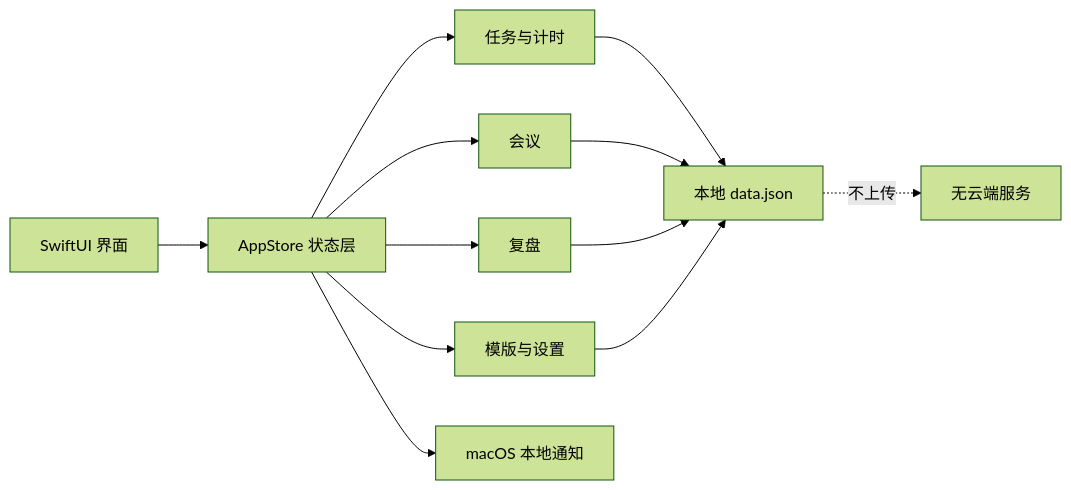
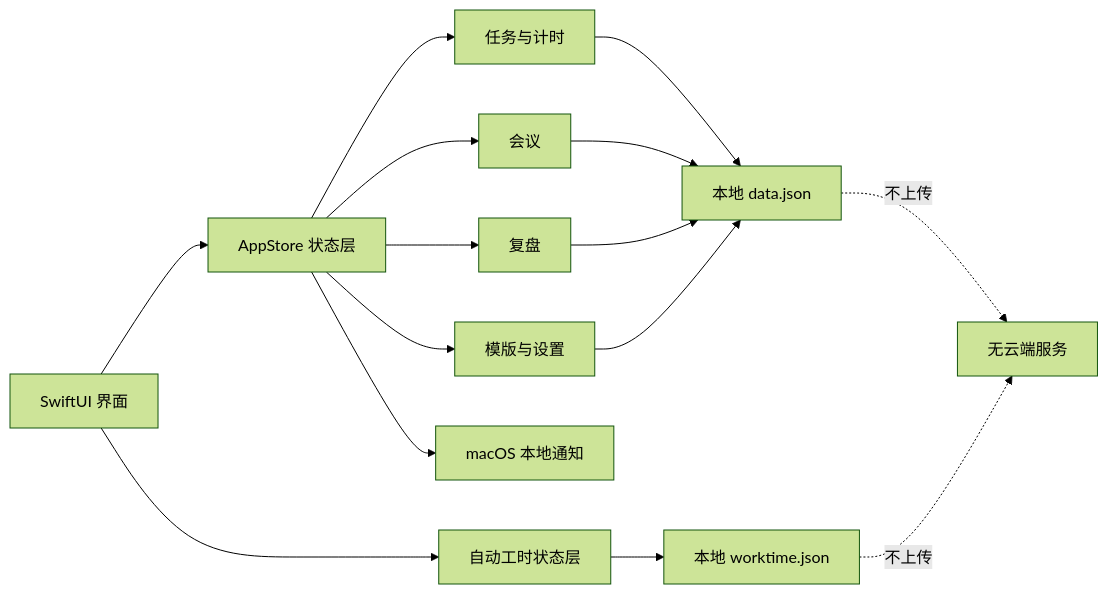
The sixth of 6 diagrams in PRODUCT_SPEC.md (caoaolei/One-Day), drawn with Mermaid (forest theme) before and after one commit. The commit also changed other lines of this file and 17 other files, not shown here.

````diff
--- a/PRODUCT_SPEC.md
+++ b/PRODUCT_SPEC.md
@@ -368,14 +393,17 @@
 ```mermaid
 flowchart LR
     UI["SwiftUI 界面"] --> Store["AppStore 状态层"]
     Store --> Tasks["任务与计时"]
     Store --> Meetings["会议"]
     Store --> Reviews["复盘"]
     Store --> Templates["模版与设置"]
+    UI --> WorktimeStore["自动工时状态层"]
     Tasks --> JSON["本地 data.json"]
     Meetings --> JSON
     Reviews --> JSON
     Templates --> JSON
+    WorktimeStore --> WorktimeJSON["本地 worktime.json"]
     Store --> Notifications["macOS 本地通知"]
     JSON -. 不上传 .-> Cloud["无云端服务"]
+    WorktimeJSON -. 不上传 .-> Cloud
 ```
````
